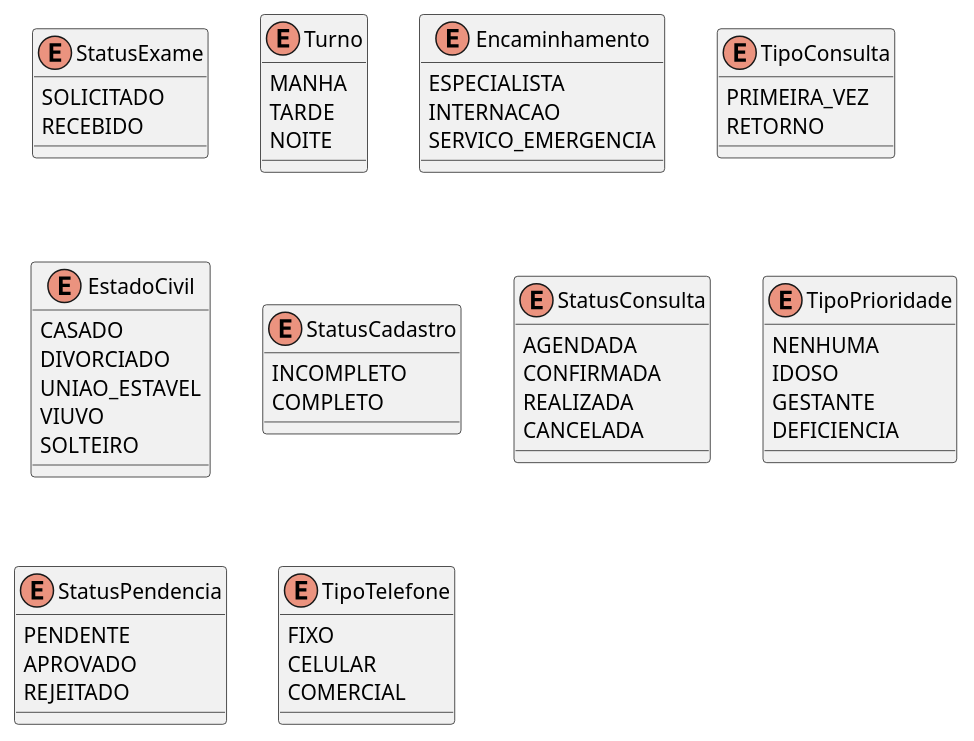
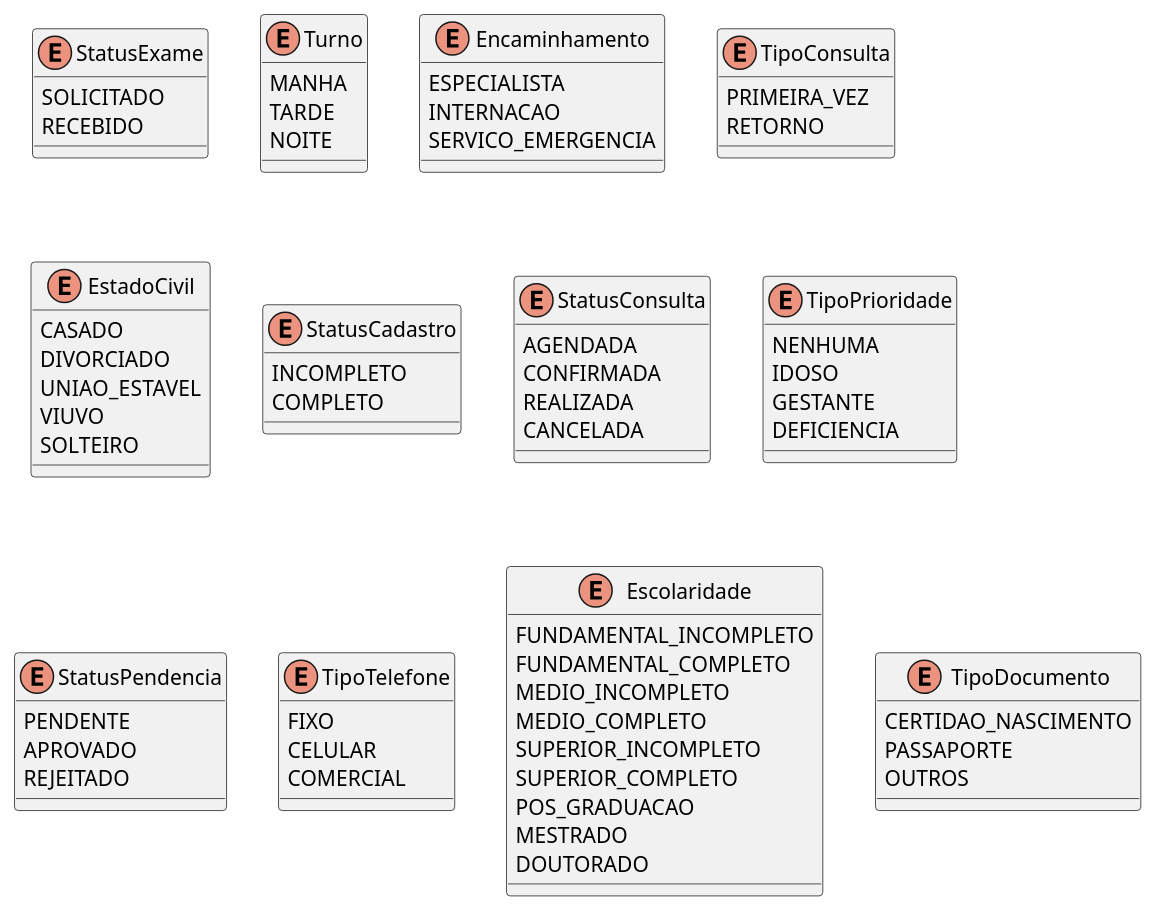
The diagram in docs/uml/dominio/enums/enumsDominio.puml (andreleonam/promed), drawn with PlantUML before and after one commit. The commit also changed 31 other files, not shown here.

```diff
--- a/docs/uml/dominio/enums/enumsDominio.puml
+++ b/docs/uml/dominio/enums/enumsDominio.puml
@@ -1,64 +1,82 @@
 @startuml
 
 enum StatusExame {
   SOLICITADO
   RECEBIDO
 }
 
 enum Turno {
   MANHA
   TARDE
   NOITE
 }
 
 enum Encaminhamento {
   ESPECIALISTA
   INTERNACAO
   SERVICO_EMERGENCIA
 }
 
 enum TipoConsulta {
   PRIMEIRA_VEZ
   RETORNO
 }
 
 enum EstadoCivil {
   CASADO
   DIVORCIADO
   UNIAO_ESTAVEL
   VIUVO
   SOLTEIRO
 }
 
 enum StatusCadastro {
   INCOMPLETO
   COMPLETO
 }
 
 enum StatusConsulta {
   AGENDADA
   CONFIRMADA
   REALIZADA
   CANCELADA
 }
 
 enum TipoPrioridade {
   NENHUMA
   IDOSO
   GESTANTE
   DEFICIENCIA
 }
 
 enum StatusPendencia {
   PENDENTE
   APROVADO
   REJEITADO
 }
 
 enum TipoTelefone {
   FIXO
   CELULAR
   COMERCIAL
 }
 
+enum Escolaridade {
+  FUNDAMENTAL_INCOMPLETO
+  FUNDAMENTAL_COMPLETO
+  MEDIO_INCOMPLETO
+  MEDIO_COMPLETO
+  SUPERIOR_INCOMPLETO
+  SUPERIOR_COMPLETO
+  POS_GRADUACAO
+  MESTRADO
+  DOUTORADO
+}
+
+enum TipoDocumento {
+  CERTIDAO_NASCIMENTO
+  PASSAPORTE
+  OUTROS
+}
+
 @enduml
```
